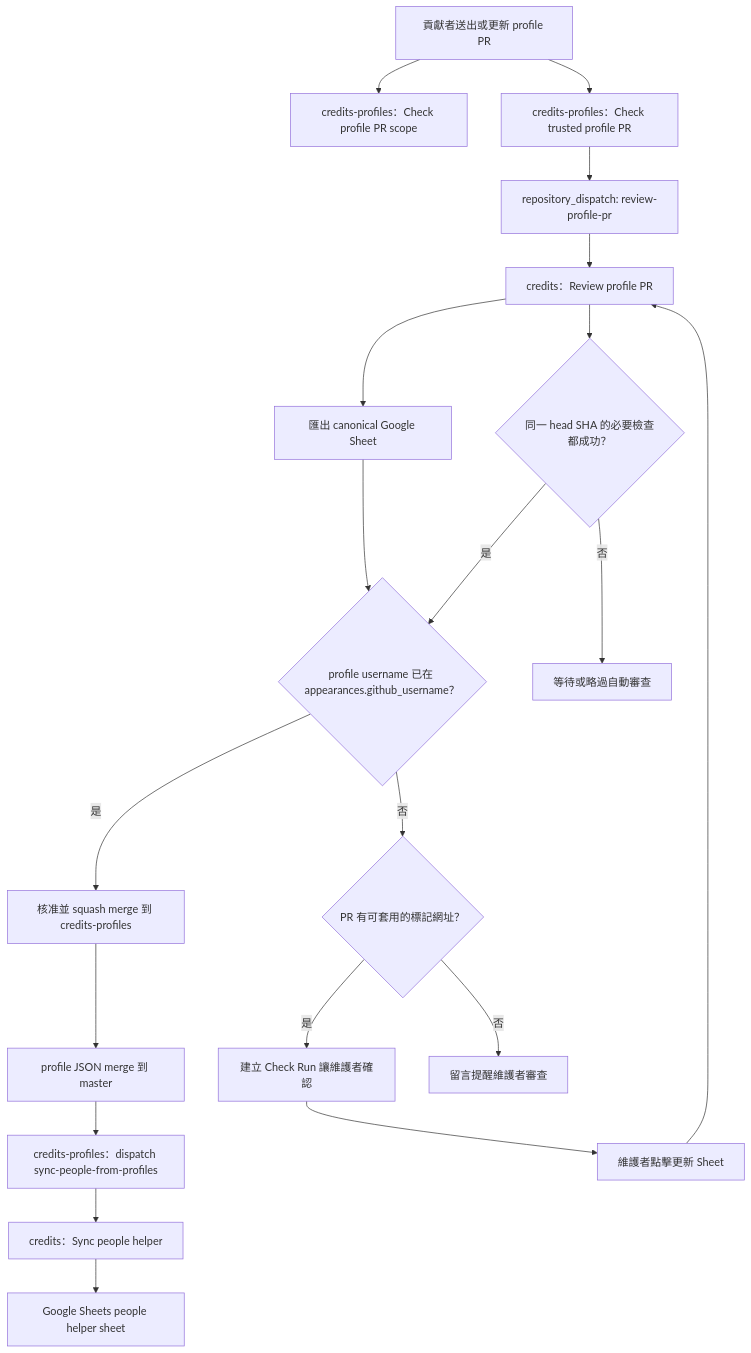
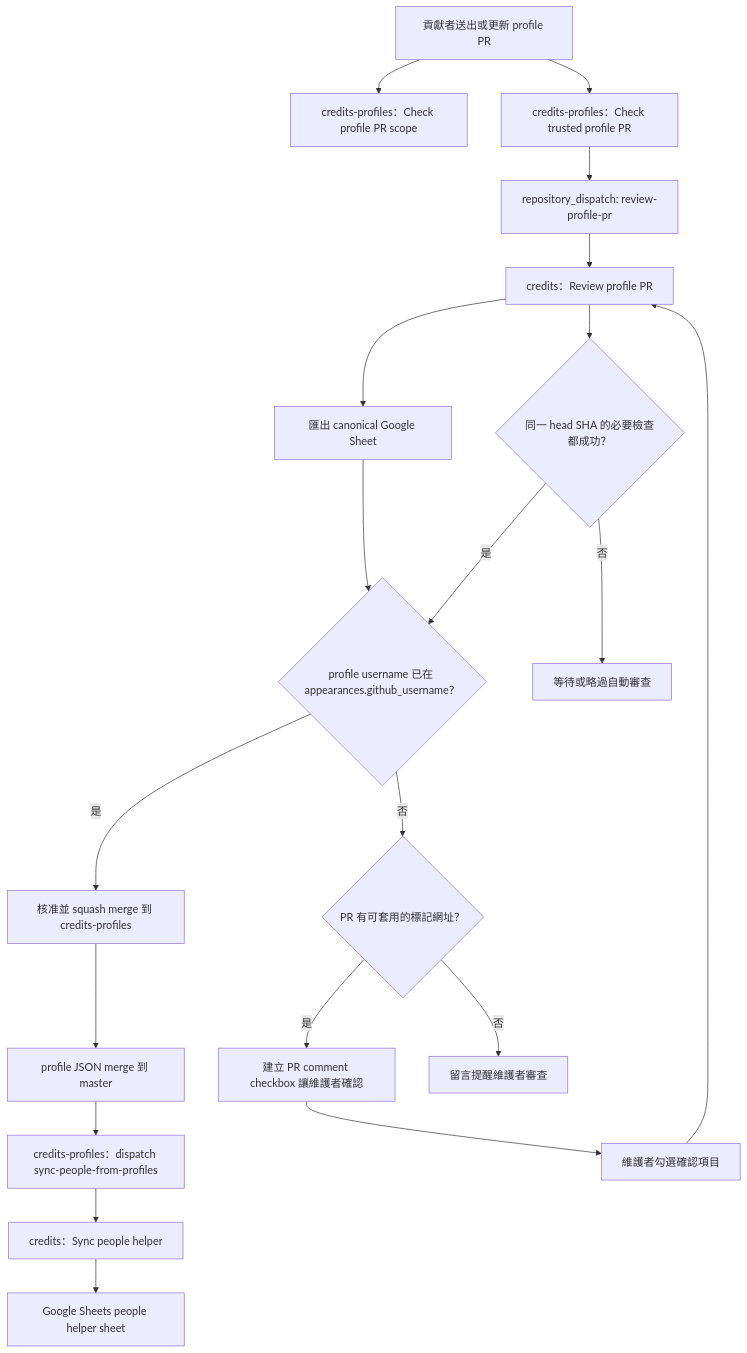
The first of 4 diagrams in docs/workflows.md (arnoldsky-yu/credits), drawn with Mermaid before and after one commit. The commit also changed other lines of this file and 7 other files, not shown here.

Commit message:
feat: confirm profile claims from PR comments

````diff
--- a/docs/workflows.md
+++ b/docs/workflows.md
@@ -9,22 +9,22 @@
 ```mermaid
 flowchart TD
   contributor["貢獻者送出或更新 profile PR"] --> guard["credits-profiles：Check profile PR scope"]
   contributor --> trusted["credits-profiles：Check trusted profile PR"]
   trusted --> dispatchReview["repository_dispatch: review-profile-pr"]
   dispatchReview --> review["credits：Review profile PR"]
   review --> exportSheet["匯出 canonical Google Sheet"]
   review --> checkStatus{"同一 head SHA 的必要檢查都成功？"}
   exportSheet --> checkAppearance{"profile username 已在 appearances.github_username？"}
   checkStatus -->|是| checkAppearance
   checkStatus -->|否| waitOrSkip["等待或略過自動審查"]
   checkAppearance -->|是| approveMerge["核准並 squash merge 到 credits-profiles"]
   checkAppearance -->|否| claimCheck{"PR 有可套用的標記網址？"}
-  claimCheck -->|是| confirmCheck["建立 Check Run 讓維護者確認"]
+  claimCheck -->|是| confirmCheck["建立 PR comment checkbox 讓維護者確認"]
   claimCheck -->|否| maintainerComment["留言提醒維護者審查"]
-  confirmCheck --> applyClaims["維護者點擊更新 Sheet"]
+  confirmCheck --> applyClaims["維護者勾選確認項目"]
   applyClaims --> review
   approveMerge --> merged["profile JSON merge 到 master"]
   merged --> syncDispatch["credits-profiles：dispatch sync-people-from-profiles"]
   syncDispatch --> syncPeople["credits：Sync people helper"]
   syncPeople --> peopleSheet["Google Sheets people helper sheet"]
 ```
````
